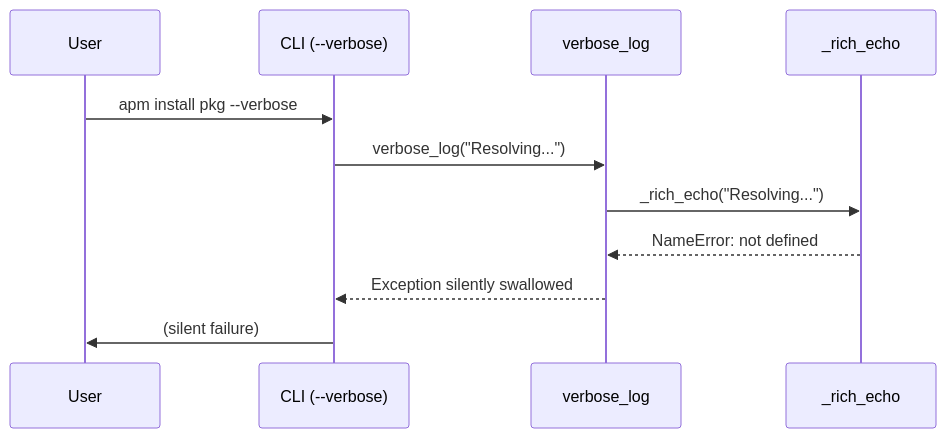
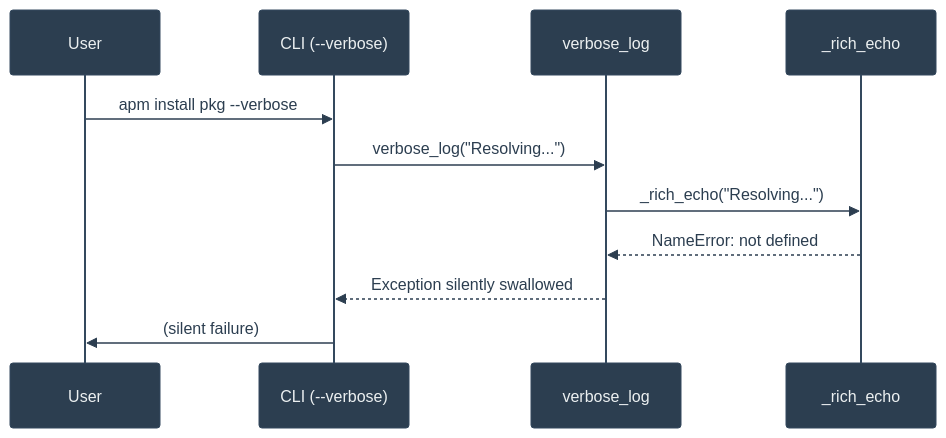
One commit to danielmeppiel/agentic-sdlc-handbook changed the diagram in case-study-apm-overhaul.qmd. Above: the diagram before and after it, drawn with Mermaid. The commit also changed 20 other files, not shown here.

First line of the commit message:
feat: add accessibility metadata and consistent theme to all 35 diagrams

````diff
--- a/case-study-apm-overhaul.qmd
+++ b/case-study-apm-overhaul.qmd
@@ -177,15 +177,19 @@
 ```{mermaid}
 %%| fig-width: 4.5
+%%| fig-cap: "Sequence showing how a NameError was silently swallowed"
+%%| fig-alt: "Sequence diagram showing the silent NameError bug. The User calls CLI with 'apm install pkg --verbose'. The CLI calls verbose_log with 'Resolving...'. verbose_log calls _rich_echo with 'Resolving...'. _rich_echo throws a NameError because it is not defined. The exception is silently swallowed by verbose_log, which returns to CLI without error. The CLI shows silent failure to the User with no verbose output."
+%%| label: fig-cs-silent-nameerror
+%%{init: {'theme': 'base', 'themeVariables': {'actorBkg': '#2c3e50', 'actorTextColor': '#ecf0f1', 'actorBorder': '#34495e', 'signalColor': '#2c3e50', 'signalTextColor': '#2c3e50', 'labelBoxBkgColor': '#ecf0f1', 'labelTextColor': '#2c3e50', 'noteBkgColor': '#f1c40f', 'noteTextColor': '#2c3e50', 'fontSize': '14px'}}}%%
 sequenceDiagram
     participant User
     participant CLI as CLI (--verbose)
     participant VL as verbose_log
     participant RE as _rich_echo
 
     User->>CLI: apm install pkg --verbose
     CLI->>VL: verbose_log("Resolving...")
     VL->>RE: _rich_echo("Resolving...")
     RE-->>VL: NameError: not defined
     VL-->>CLI: Exception silently swallowed
     CLI->>User: (silent failure)
 ```
````
